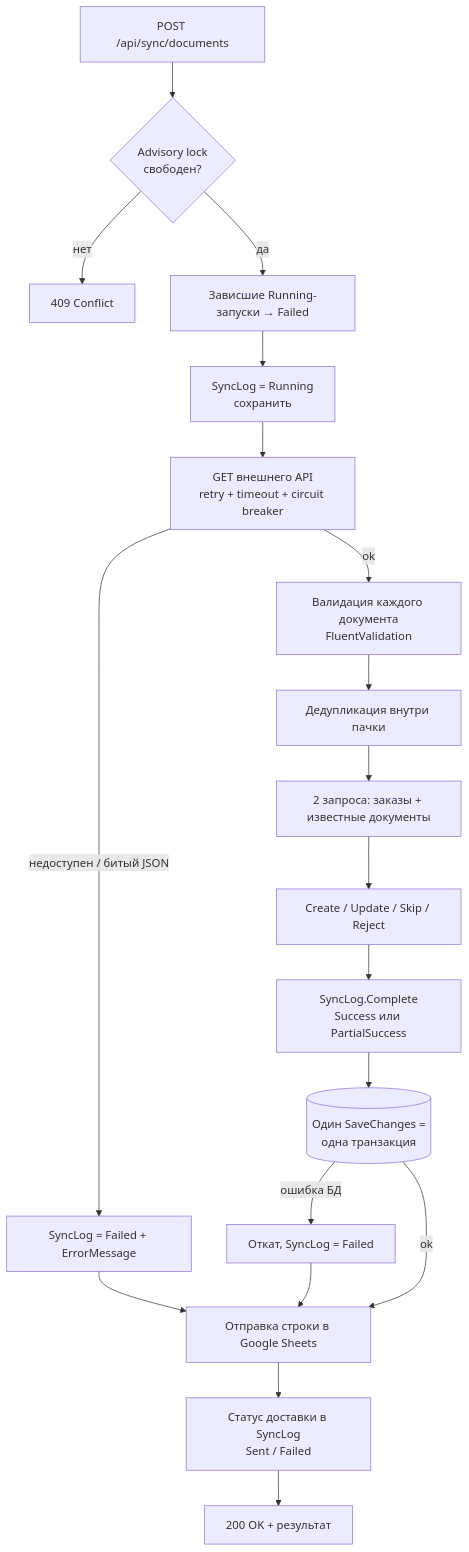
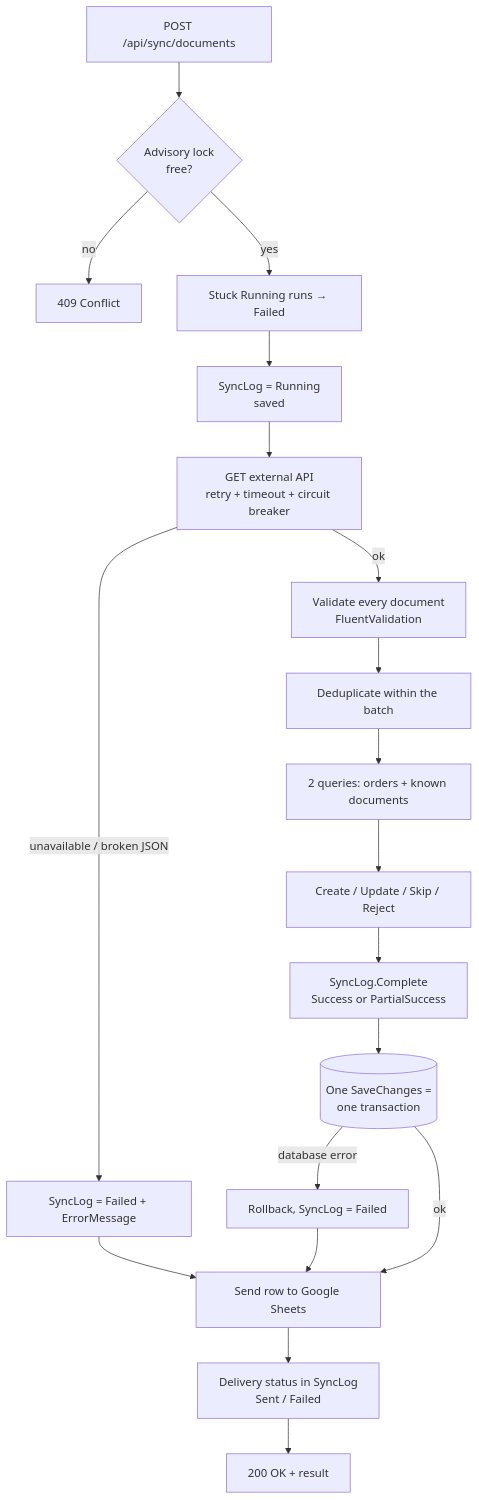
One commit to Alexey-beercode/LedgerSync changed the diagram in README.md. Above: the diagram before and after it, drawn with Mermaid. The commit also changed other lines of this file and 1 other file, not shown here.

````diff
--- a/README.md
+++ b/README.md
@@ -175,21 +177,21 @@
 ```mermaid
 flowchart TD
-    A[POST /api/sync/documents] --> B{Advisory lock<br/>свободен?}
-    B -- нет --> B1[409 Conflict]
-    B -- да --> C[Зависшие Running-запуски → Failed]
-    C --> D[SyncLog = Running<br/>сохранить]
-    D --> E[GET внешнего API<br/>retry + timeout + circuit breaker]
-    E -- недоступен / битый JSON --> F[SyncLog = Failed + ErrorMessage]
-    E -- ok --> G[Валидация каждого документа<br/>FluentValidation]
-    G --> H[Дедупликация внутри пачки]
-    H --> I[2 запроса: заказы + известные документы]
+    A[POST /api/sync/documents] --> B{Advisory lock<br/>free?}
+    B -- no --> B1[409 Conflict]
+    B -- yes --> C[Stuck Running runs → Failed]
+    C --> D[SyncLog = Running<br/>saved]
+    D --> E[GET external API<br/>retry + timeout + circuit breaker]
+    E -- unavailable / broken JSON --> F[SyncLog = Failed + ErrorMessage]
+    E -- ok --> G[Validate every document<br/>FluentValidation]
+    G --> H[Deduplicate within the batch]
+    H --> I[2 queries: orders + known documents]
     I --> J[Create / Update / Skip / Reject]
-    J --> K[SyncLog.Complete<br/>Success или PartialSuccess]
-    K --> L[(Один SaveChanges =<br/>одна транзакция)]
-    L -- ошибка БД --> M[Откат, SyncLog = Failed]
-    L -- ok --> N[Отправка строки в Google Sheets]
+    J --> K[SyncLog.Complete<br/>Success or PartialSuccess]
+    K --> L[(One SaveChanges =<br/>one transaction)]
+    L -- database error --> M[Rollback, SyncLog = Failed]
+    L -- ok --> N[Send row to Google Sheets]
     F --> N
     M --> N
-    N --> O[Статус доставки в SyncLog<br/>Sent / Failed]
-    O --> P[200 OK + результат]
+    N --> O[Delivery status in SyncLog<br/>Sent / Failed]
+    O --> P[200 OK + result]
 ```
````
